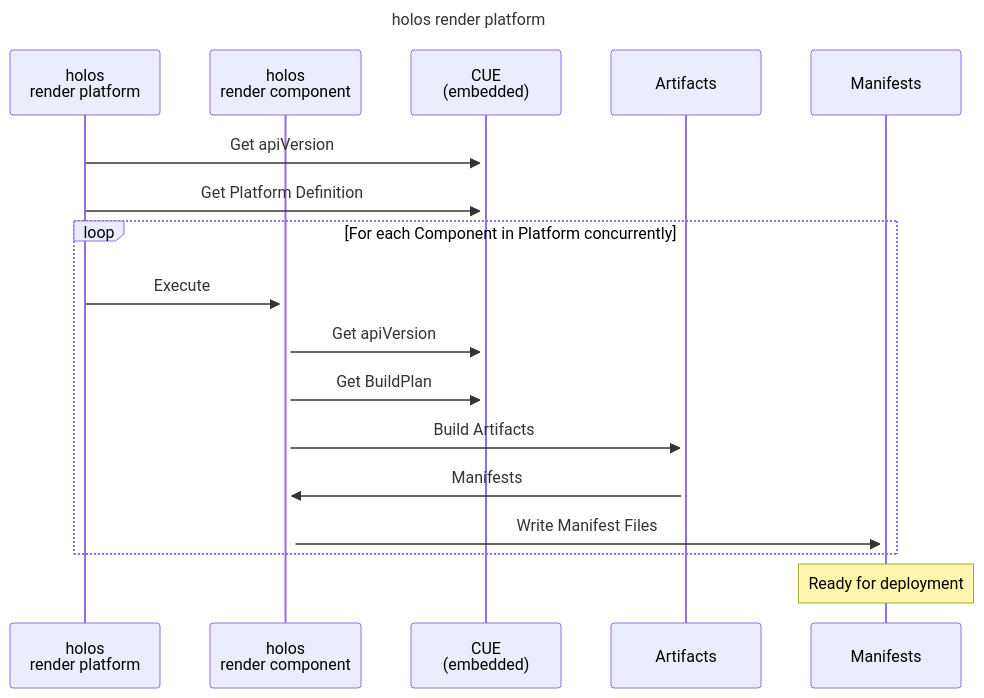
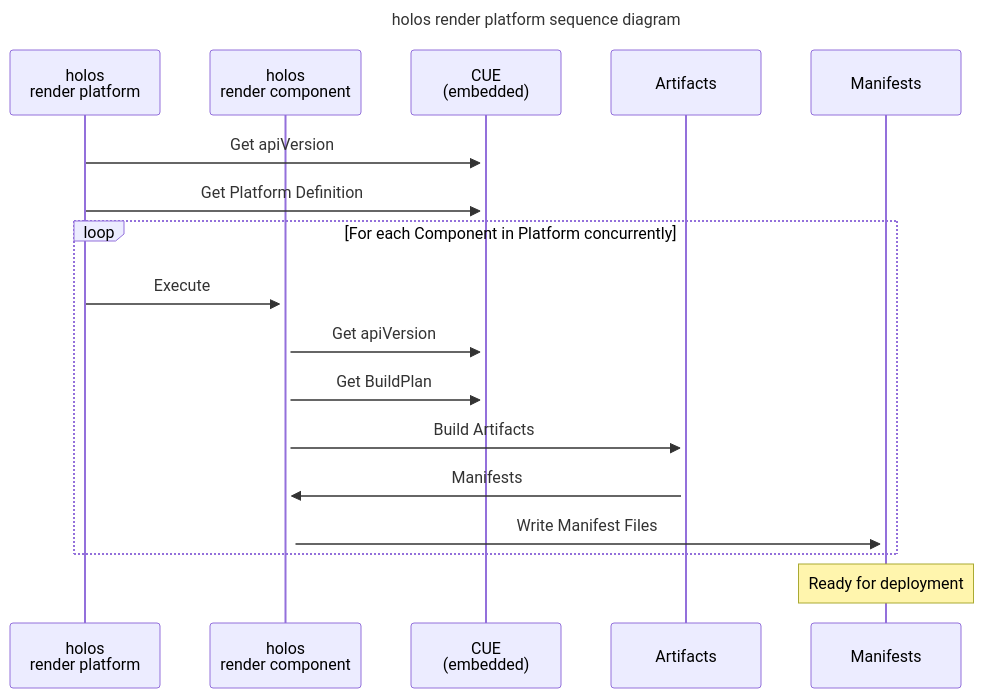
The diagram in doc/website/src/diagrams/render-platform-sequence.mdx (holos-run/holos), drawn with Mermaid before and after one commit. The commit also changed 9 other files, not shown here.

First line of the commit message:
docs: consolidate diagrams to @site/src/diagrams/

````diff
--- a/doc/website/src/diagrams/render-platform-sequence.mdx
+++ b/doc/website/src/diagrams/render-platform-sequence.mdx
@@ -1,22 +1,22 @@
 ```mermaid
 ---
-title: holos render platform
+title: holos render platform sequence diagram
 ---
 sequenceDiagram
   participant HRP as holos<br />render platform
   participant HRC as holos<br />render component
   participant CUE as CUE<br />(embedded)
   participant A as Artifacts
   participant M as Manifests
   HRP ->>+ CUE: Get apiVersion
   HRP ->>+ CUE: Get Platform Definition
   loop For each Component in Platform concurrently
     HRP ->>+ HRC: Execute
     HRC ->>+ CUE: Get apiVersion
     HRC ->>+ CUE: Get BuildPlan
     HRC ->>+ A: Build Artifacts
     A ->>+ HRC: Manifests
     HRC ->>+ M: Write Manifest Files
   end
   Note over M: Ready for deployment
 ```
````
